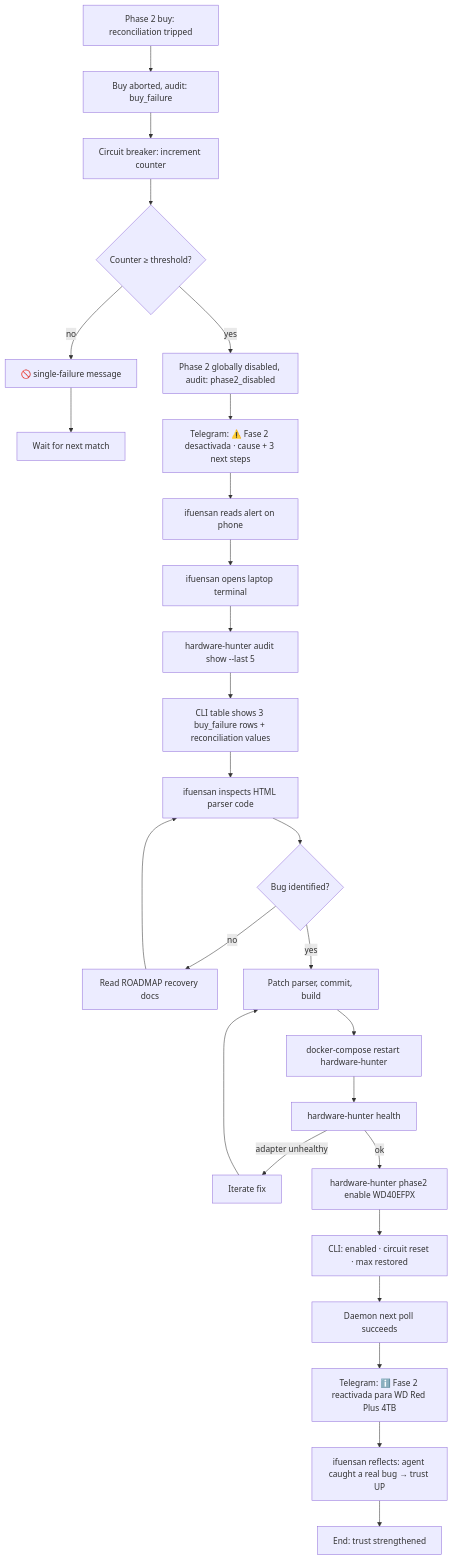
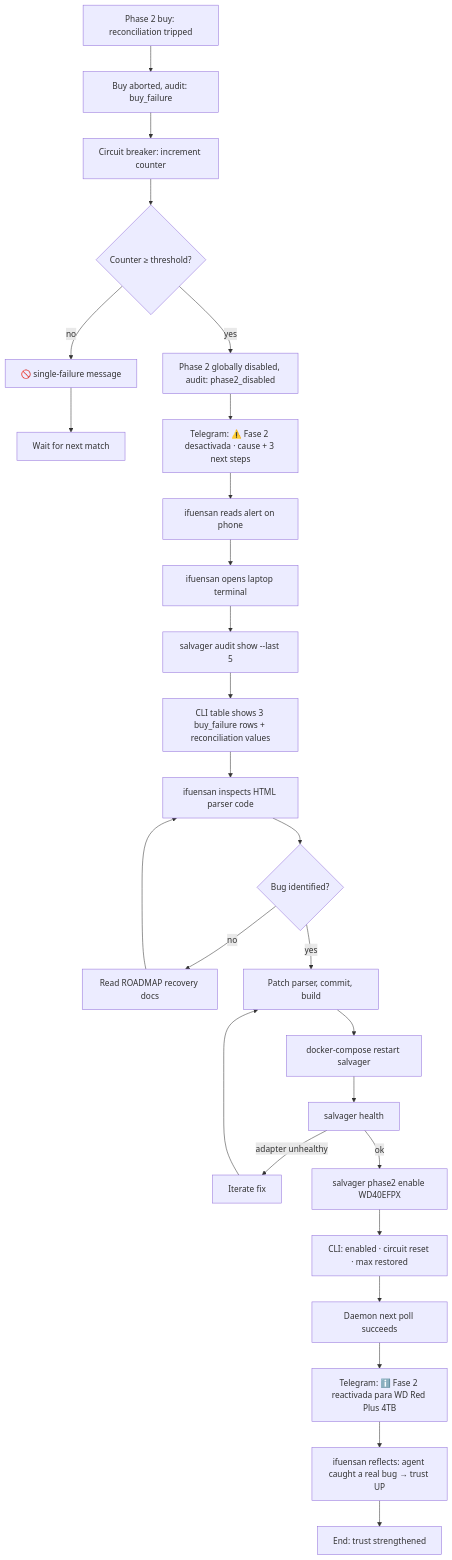
Before and after one commit to ifuensan/hardware-hunter: the fourth of 6 diagrams in _bmad-output/planning-artifacts/ux-design-specification.md, drawn with Mermaid. The commit also changed other lines of this file and 313 other files, not shown here.

````diff
--- a/_bmad-output/planning-artifacts/ux-design-specification.md
+++ b/_bmad-output/planning-artifacts/ux-design-specification.md
@@ -1497,26 +1497,26 @@
 ```mermaid
 flowchart TD
     A[Phase 2 buy: reconciliation tripped] --> B[Buy aborted, audit: buy_failure]
     B --> C[Circuit breaker: increment counter]
     C --> D{Counter ≥ threshold?}
     D -- no --> D1[🚫 single-failure message] --> Z1[Wait for next match]
     D -- yes --> E[Phase 2 globally disabled, audit: phase2_disabled]
     E --> F[Telegram: ⚠️ Fase 2 desactivada · cause + 3 next steps]
     F --> G[ifuensan reads alert on phone]
     G --> H[ifuensan opens laptop terminal]
-    H --> I[hardware-hunter audit show --last 5]
+    H --> I[salvager audit show --last 5]
     I --> J[CLI table shows 3 buy_failure rows + reconciliation values]
     J --> K[ifuensan inspects HTML parser code]
     K --> L{Bug identified?}
     L -- no --> L1[Read ROADMAP recovery docs] --> K
     L -- yes --> M[Patch parser, commit, build]
-    M --> N[docker-compose restart hardware-hunter]
-    N --> O[hardware-hunter health]
+    M --> N[docker-compose restart salvager]
+    N --> O[salvager health]
     O -- adapter unhealthy --> O1[Iterate fix] --> M
-    O -- ok --> P[hardware-hunter phase2 enable WD40EFPX]
+    O -- ok --> P[salvager phase2 enable WD40EFPX]
     P --> Q[CLI: enabled · circuit reset · max restored]
     Q --> R[Daemon next poll succeeds]
     R --> S[Telegram: ℹ️ Fase 2 reactivada para WD Red Plus 4TB]
     S --> T[ifuensan reflects: agent caught a real bug → trust UP]
     T --> Z2[End: trust strengthened]
 ```
````
